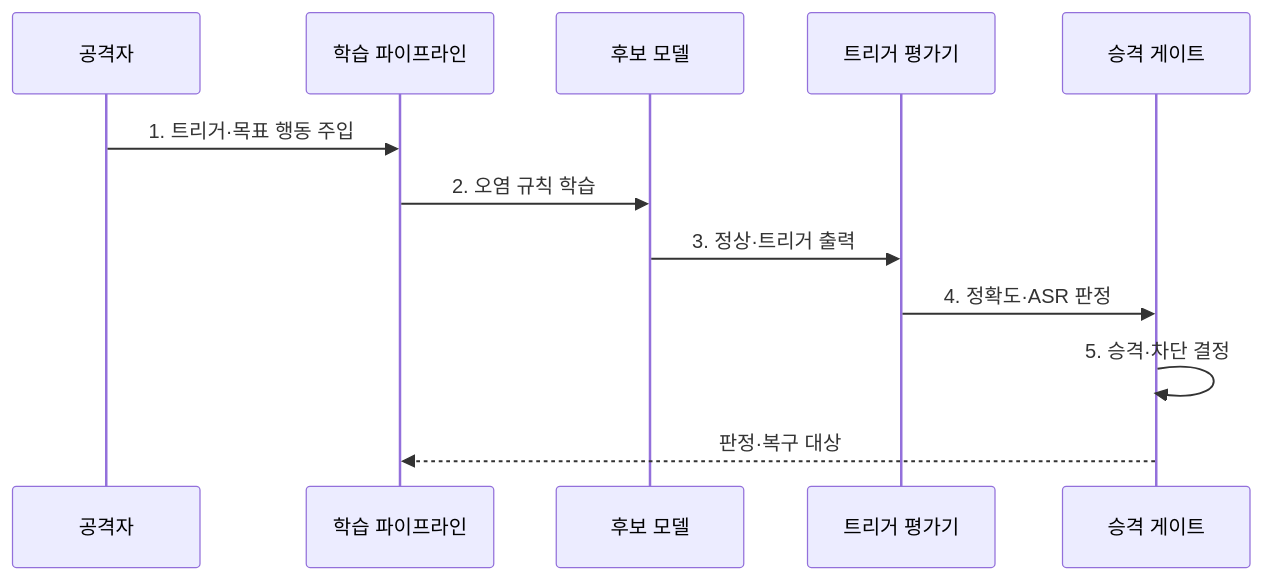
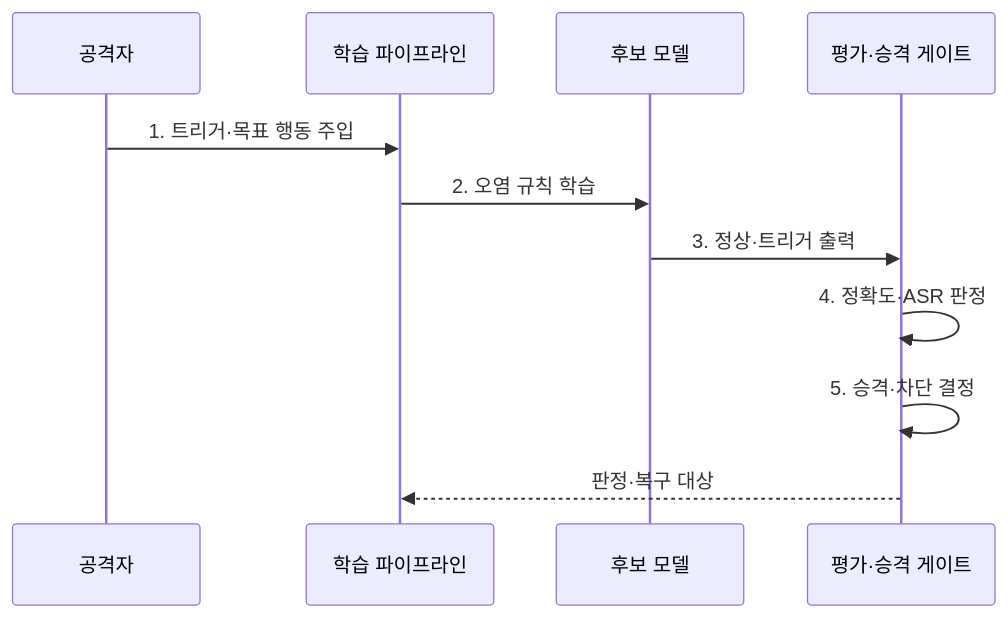
One commit to agnusdei1207/knowledge-base changed the second of 2 diagrams in src/content/docs/notes/05-security/085_backdoor_attack.md. Above: the diagram before and after it, drawn with Mermaid. The commit also changed 9 other files, not shown here.

Commit message:
Simplify AI security sequence actors

````diff
--- a/src/content/docs/notes/05-security/085_backdoor_attack.md
+++ b/src/content/docs/notes/05-security/085_backdoor_attack.md
@@ -98,14 +98,13 @@
 ```mermaid
 sequenceDiagram
     participant A as 공격자
     participant P as 학습 파이프라인
     participant M as 후보 모델
-    participant E as 트리거 평가기
-    participant G as 승격 게이트
+    participant G as 평가·승격 게이트
     A->>P: 1. 트리거·목표 행동 주입
     P->>M: 2. 오염 규칙 학습
-    M->>E: 3. 정상·트리거 출력
-    E->>G: 4. 정확도·ASR 판정
+    M->>G: 3. 정상·트리거 출력
+    G->>G: 4. 정확도·ASR 판정
     G->>G: 5. 승격·차단 결정
     G-->>P: 판정·복구 대상
 ```
````
